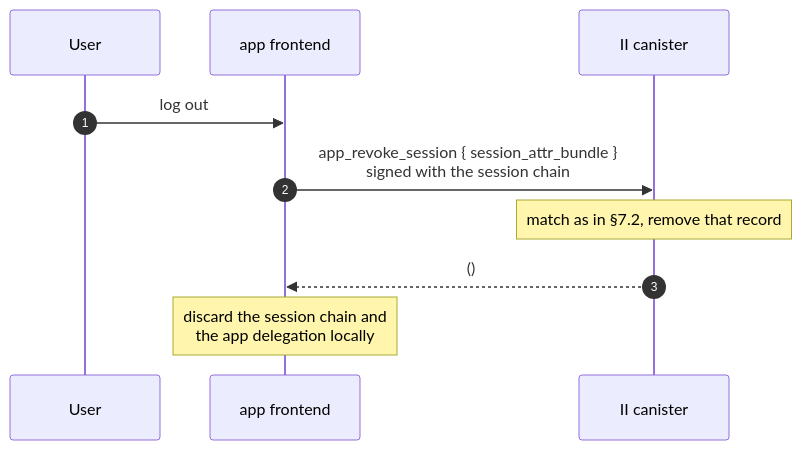
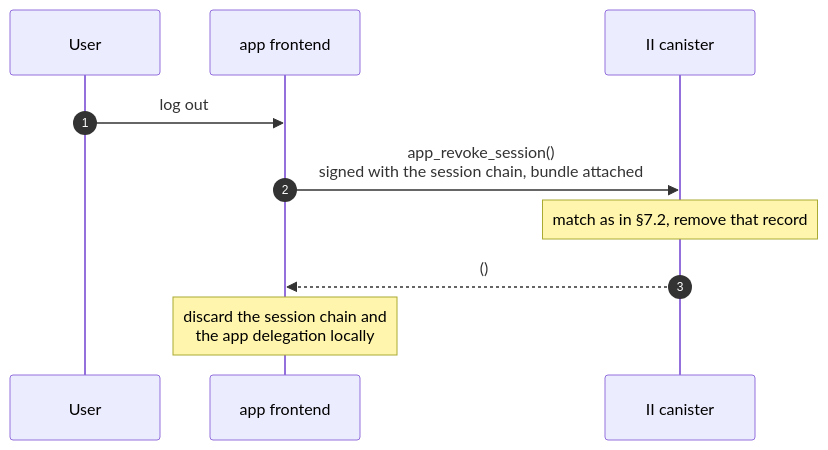
The sixth of 7 diagrams in docs/ongoing/revocable-app-sessions.md (dfinity/internet-identity), drawn with Mermaid before and after one commit. The commit also changed other lines of this file, not shown here.

````diff
--- a/docs/ongoing/revocable-app-sessions.md
+++ b/docs/ongoing/revocable-app-sessions.md
@@ -418,12 +425,12 @@
 ```mermaid
 sequenceDiagram
     autonumber
     participant User
     participant App as app frontend
     participant IIC as II canister
     User->>App: log out
-    App->>IIC: app_revoke_session { session_attr_bundle }<br/>signed with the session chain
+    App->>IIC: app_revoke_session()<br/>signed with the session chain, bundle attached
     Note over IIC: match as in §7.2, remove that record
     IIC-->>App: ()
     Note over App: discard the session chain and<br/>the app delegation locally
 ```
````
